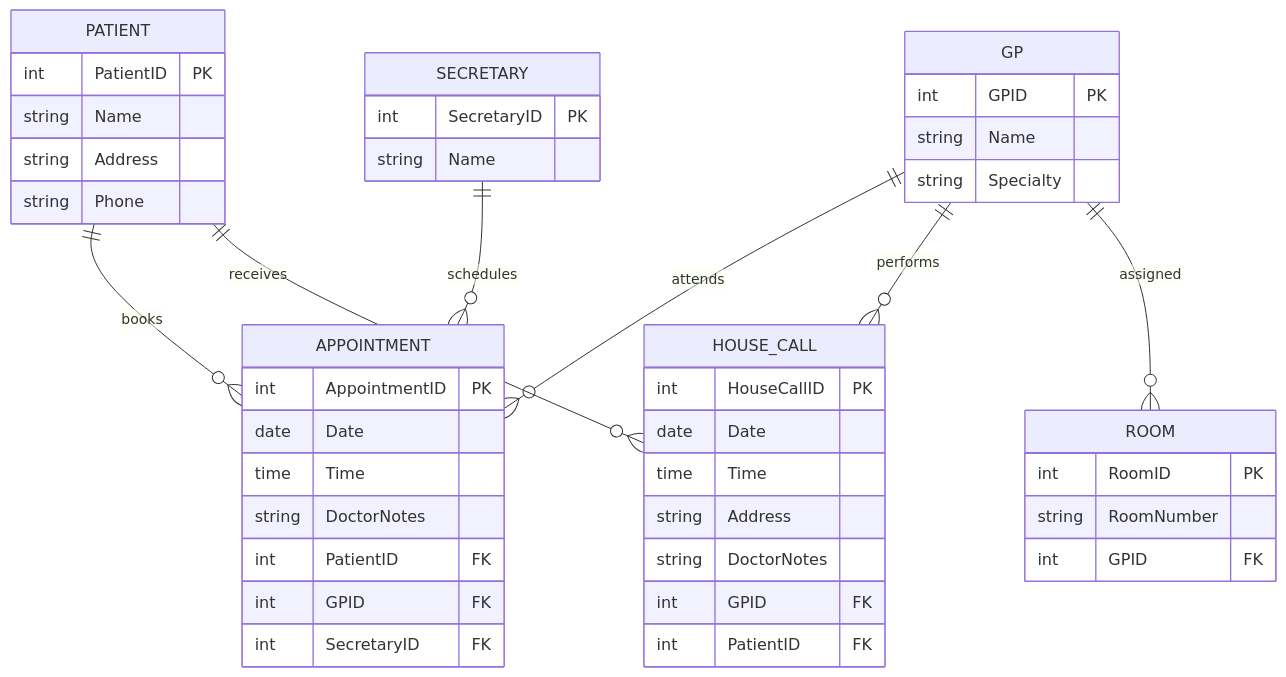
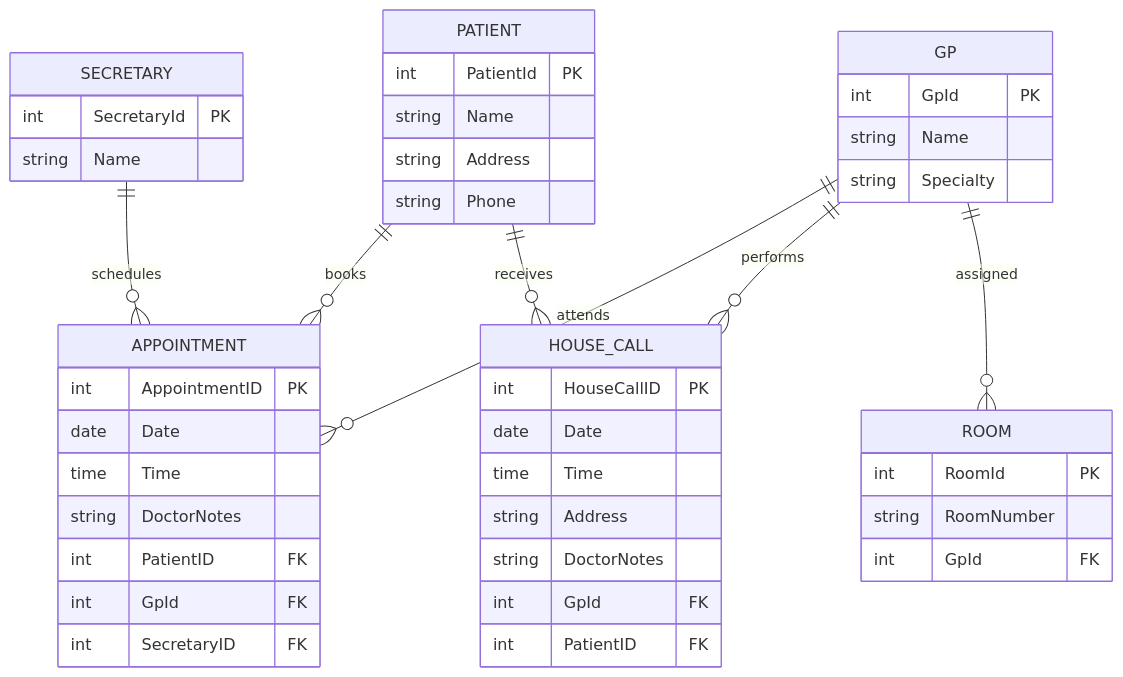
Before and after one commit to DylanRyanGleeson/data-essentials-gdpr-xlsx: the second of 3 diagrams in soltuion.md, drawn with Mermaid. The commit also changed other lines of this file and 5 other files, not shown here.

````diff
--- a/soltuion.md
+++ b/soltuion.md
@@ -279,48 +279,48 @@
 ```mermaid
 erDiagram
     PATIENT {
-        int PatientID PK
+        int PatientId PK
         string Name
         string Address
         string Phone
     }
     GP {
-        int GPID PK
+        int GpId PK
         string Name
         string Specialty
     }
     ROOM {
-        int RoomID PK
+        int RoomId PK
         string RoomNumber
-        int GPID FK
+        int GpId FK
     }
     SECRETARY {
-        int SecretaryID PK
+        int SecretaryId PK
         string Name
     }
     APPOINTMENT {
         int AppointmentID PK
         date Date
         time Time
         string DoctorNotes
         int PatientID FK
-        int GPID FK
+        int GpId FK
         int SecretaryID FK
     }
     HOUSE_CALL {
         int HouseCallID PK
         date Date
         time Time
         string Address
         string DoctorNotes
-        int GPID FK
+        int GpId FK
         int PatientID FK
     }
 
     PATIENT ||--o{ APPOINTMENT : books
+    SECRETARY ||--o{ APPOINTMENT : schedules
     GP ||--o{ APPOINTMENT : attends
-    SECRETARY ||--o{ APPOINTMENT : schedules
     GP ||--o{ HOUSE_CALL : performs
     PATIENT ||--o{ HOUSE_CALL : receives
     GP ||--o{ ROOM : assigned
 ```
````
